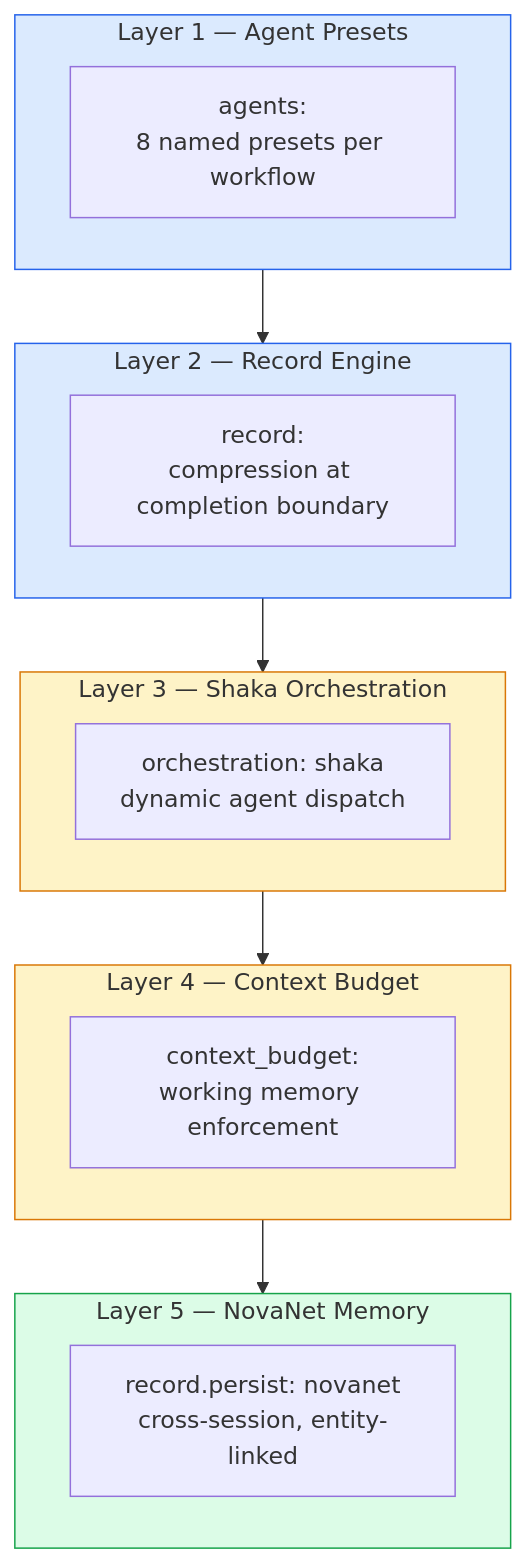
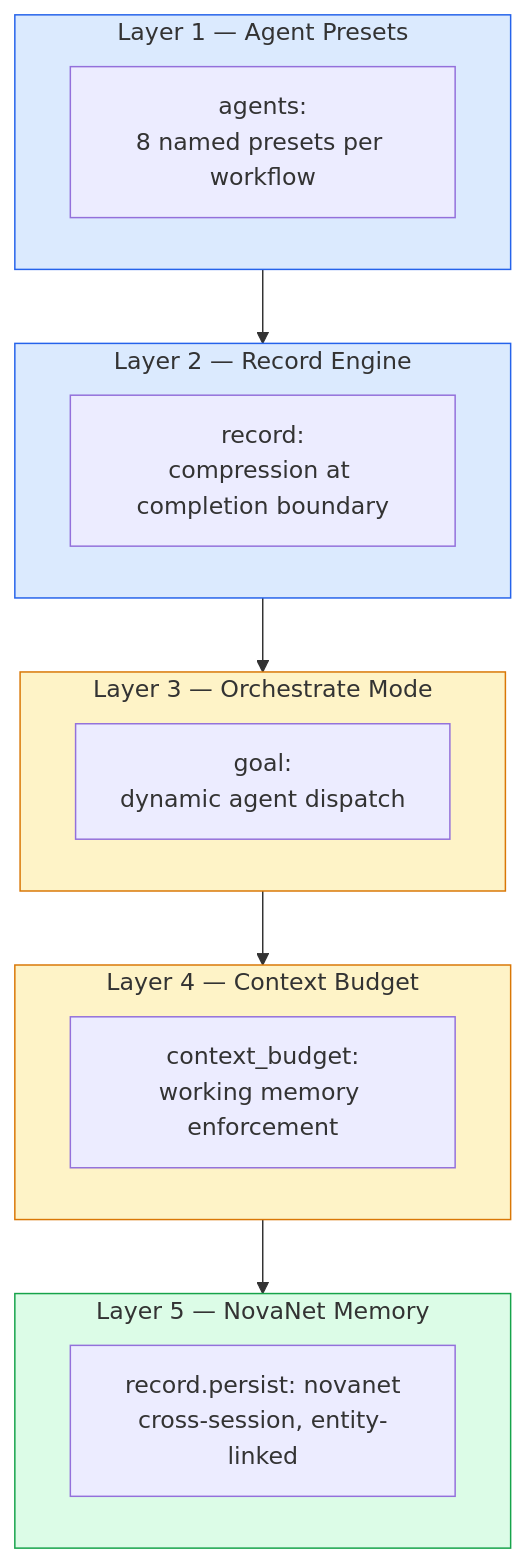
Before and after one commit to supernovae-st/nika: the fourth of 8 diagrams in docs/vision/07-slate-deep-integration.md, drawn with Mermaid. The commit also changed other lines of this file and 72 other files, not shown here.

````diff
--- a/docs/vision/07-slate-deep-integration.md
+++ b/docs/vision/07-slate-deep-integration.md
@@ -165,33 +165,33 @@
 ```mermaid
 flowchart TB
     subgraph L1["Layer 1 — Agent Presets"]
         MS["agents:\n8 named presets per workflow"]
     end
 
     subgraph L2["Layer 2 — Record Engine"]
         EE["record:\ncompression at completion boundary"]
     end
 
-    subgraph L3["Layer 3 — Shaka Orchestration"]
-        SO["orchestration: shaka\ndynamic agent dispatch"]
+    subgraph L3["Layer 3 — Orchestrate Mode"]
+        SO["goal:\ndynamic agent dispatch"]
     end
 
     subgraph L4["Layer 4 — Context Budget"]
         CB["context_budget:\nworking memory enforcement"]
     end
 
     subgraph L5["Layer 5 — NovaNet Memory"]
         NM["record.persist: novanet\ncross-session, entity-linked"]
     end
 
     L1 --> L2
     L2 --> L3
     L3 --> L4
     L4 --> L5
 
     style L1 fill:#dbeafe,stroke:#2563eb
     style L2 fill:#dbeafe,stroke:#2563eb
     style L3 fill:#fef3c7,stroke:#d97706
     style L4 fill:#fef3c7,stroke:#d97706
     style L5 fill:#dcfce7,stroke:#16a34a
 ```
````
